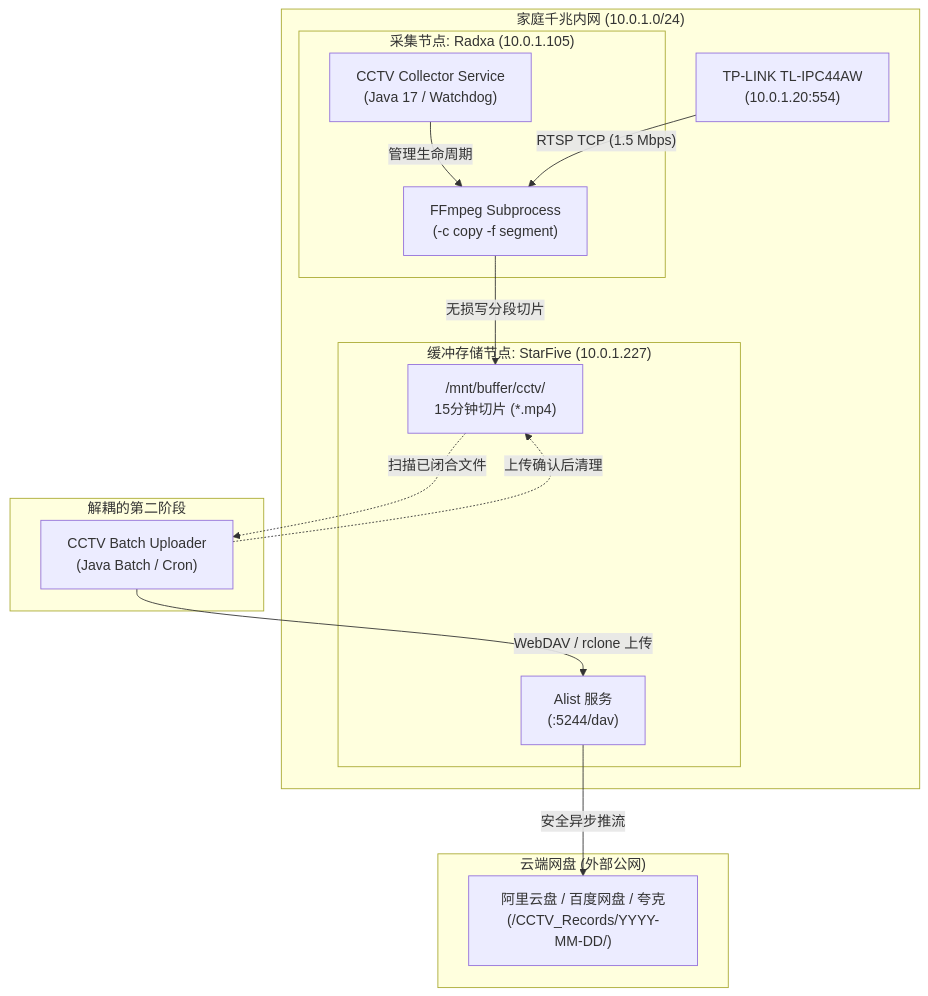
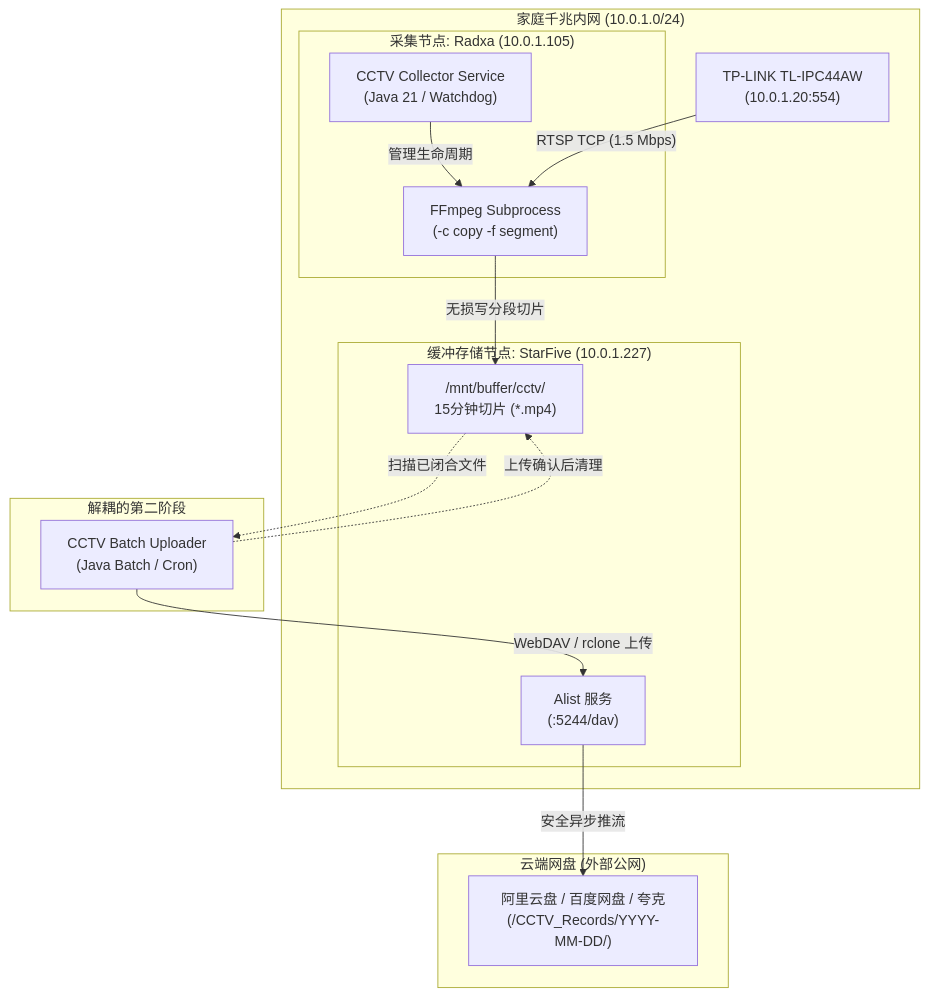
The first of 4 diagrams in docs/ARCHITECTURE.md (nvd11/cctv-collector), drawn with Mermaid before and after one commit. The commit also changed other lines of this file and 5 other files, not shown here.

````diff
--- a/docs/ARCHITECTURE.md
+++ b/docs/ARCHITECTURE.md
@@ -7,33 +7,33 @@
 ```mermaid
 graph TD
     subgraph LAN_HOME["家庭千兆内网 (10.0.1.0/24)"]
         IPC["TP-LINK TL-IPC44AW<br/>(10.0.1.20:554)"]
         
         subgraph RADXA_NODE["采集节点: Radxa (10.0.1.105)"]
-            COLLECTOR["CCTV Collector Service<br/>(Java 17 / Watchdog)"]
+            COLLECTOR["CCTV Collector Service<br/>(Java 21 / Watchdog)"]
             FFMPEG["FFmpeg Subprocess<br/>(-c copy -f segment)"]
             COLLECTOR -->|管理生命周期| FFMPEG
         end
 
         subgraph STARFIVE_NODE["缓冲存储节点: StarFive (10.0.1.227)"]
             BUFFER["/mnt/buffer/cctv/<br/>15分钟切片 (*.mp4)"]
             ALIST["Alist 服务<br/>(:5244/dav)"]
         end
     end
 
     subgraph CLOUD["云端网盘 (外部公网)"]
         NETDISK["阿里云盘 / 百度网盘 / 夸克<br/>(/CCTV_Records/YYYY-MM-DD/)"]
     end
 
     IPC -->|"RTSP TCP (1.5 Mbps)"| FFMPEG
     FFMPEG -->|"无损写分段切片"| BUFFER
     
     subgraph BATCH_SYSTEM["解耦的第二阶段"]
         UPLOADER["CCTV Batch Uploader<br/>(Java Batch / Cron)"]
     end
 
     BUFFER -.->|"扫描已闭合文件"| UPLOADER
     UPLOADER -->|"WebDAV / rclone 上传"| ALIST
     ALIST -->|"安全异步推流"| NETDISK
     UPLOADER -.->|"上传确认后清理"| BUFFER
 ```
````
